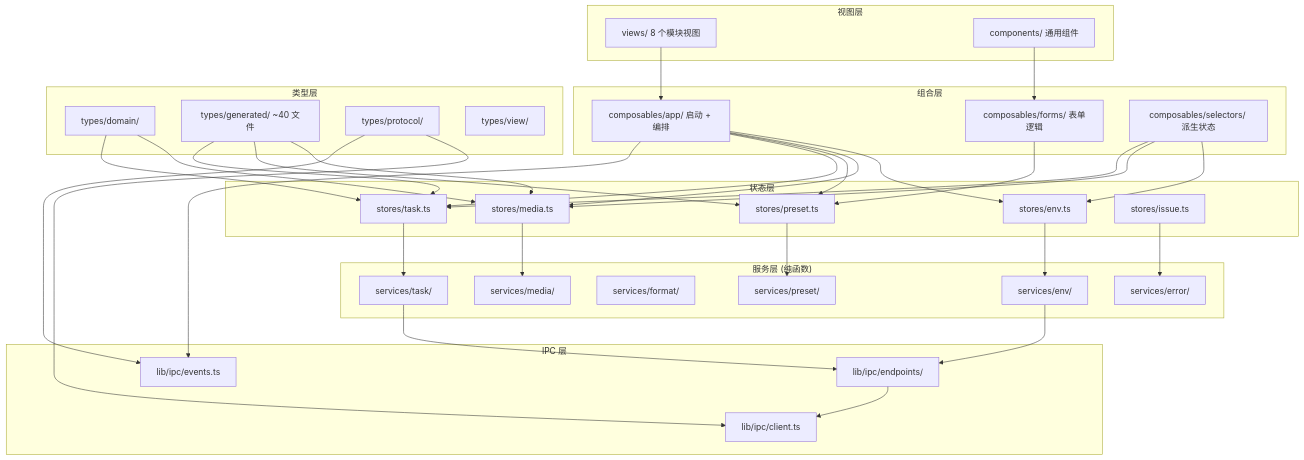
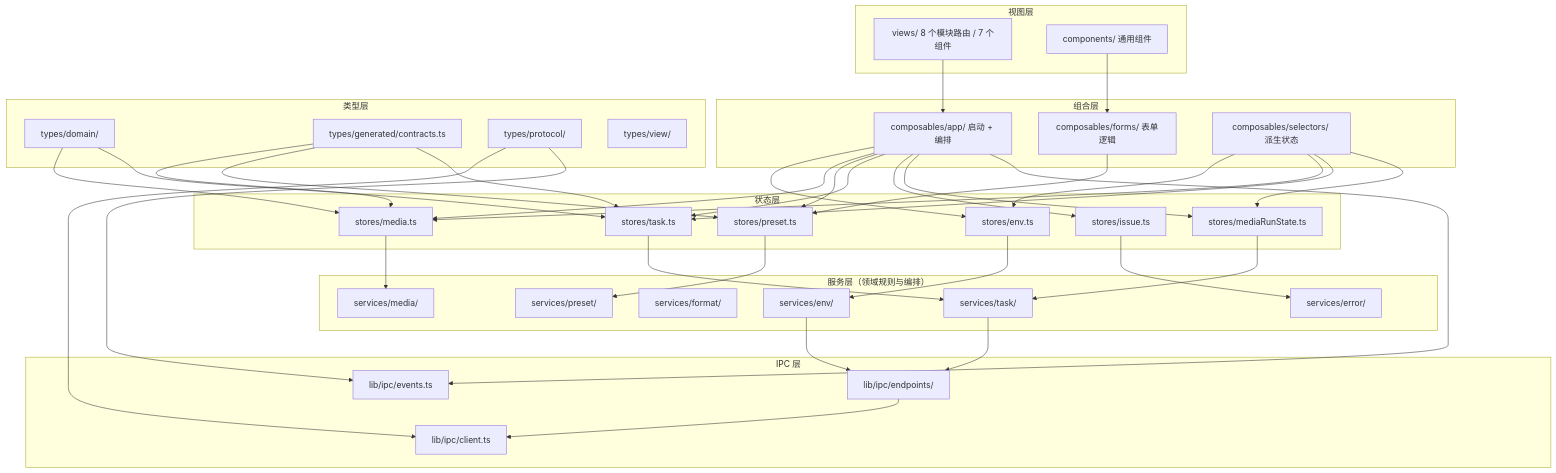
One commit to youge325/vp changed the first of 4 diagrams in docs/02-frontend-architecture.md. Above: the diagram before and after it, drawn with Mermaid. The commit also changed other lines of this file and 14 other files, not shown here.

````diff
--- a/docs/02-frontend-architecture.md
+++ b/docs/02-frontend-architecture.md
@@ -17,70 +17,75 @@
 ```mermaid
 graph TB
     subgraph "视图层"
-        V1[views/ 8 个模块视图]
+        V1[views/ 8 个模块路由 / 7 个组件]
         V2[components/ 通用组件]
     end
 
     subgraph "组合层"
         C1[composables/app/ 启动 + 编排]
         C2[composables/forms/ 表单逻辑]
         C3[composables/selectors/ 派生状态]
     end
 
     subgraph "状态层"
         S1[stores/env.ts]
         S2[stores/media.ts]
         S3[stores/preset.ts]
         S4[stores/task.ts]
         S5[stores/issue.ts]
+        S6[stores/mediaRunState.ts]
     end
 
-    subgraph "服务层 (纯函数)"
+    subgraph "服务层（领域规则与编排）"
         SV1[services/env/]
         SV2[services/error/]
         SV3[services/format/]
         SV4[services/media/]
         SV5[services/preset/]
         SV6[services/task/]
     end
 
     subgraph "IPC 层"
         I1[lib/ipc/client.ts]
         I2[lib/ipc/events.ts]
         I3[lib/ipc/endpoints/]
     end
 
     subgraph "类型层"
         T1[types/domain/]
-        T2[types/generated/ ~40 文件]
+        T2[types/generated/contracts.ts]
         T3[types/protocol/]
         T4[types/view/]
     end
 
     V1 --> C1
     V2 --> C2
     C1 --> S1
     C1 --> S2
     C1 --> S3
     C1 --> S4
+    C1 --> S5
+    C1 --> S6
     C2 --> S3
     C3 --> S1
     C3 --> S2
     C3 --> S4
+    C3 --> S6
     S1 --> SV1
     S2 --> SV4
     S3 --> SV5
     S4 --> SV6
     S5 --> SV2
+    S6 --> SV6
     SV6 --> I3
     SV1 --> I3
     I3 --> I1
     C1 --> I2
     T3 --> I1
     T3 --> I2
     T2 --> S2
     T2 --> S3
     T2 --> S4
     T1 --> S2
     T1 --> S4
 ```
````
